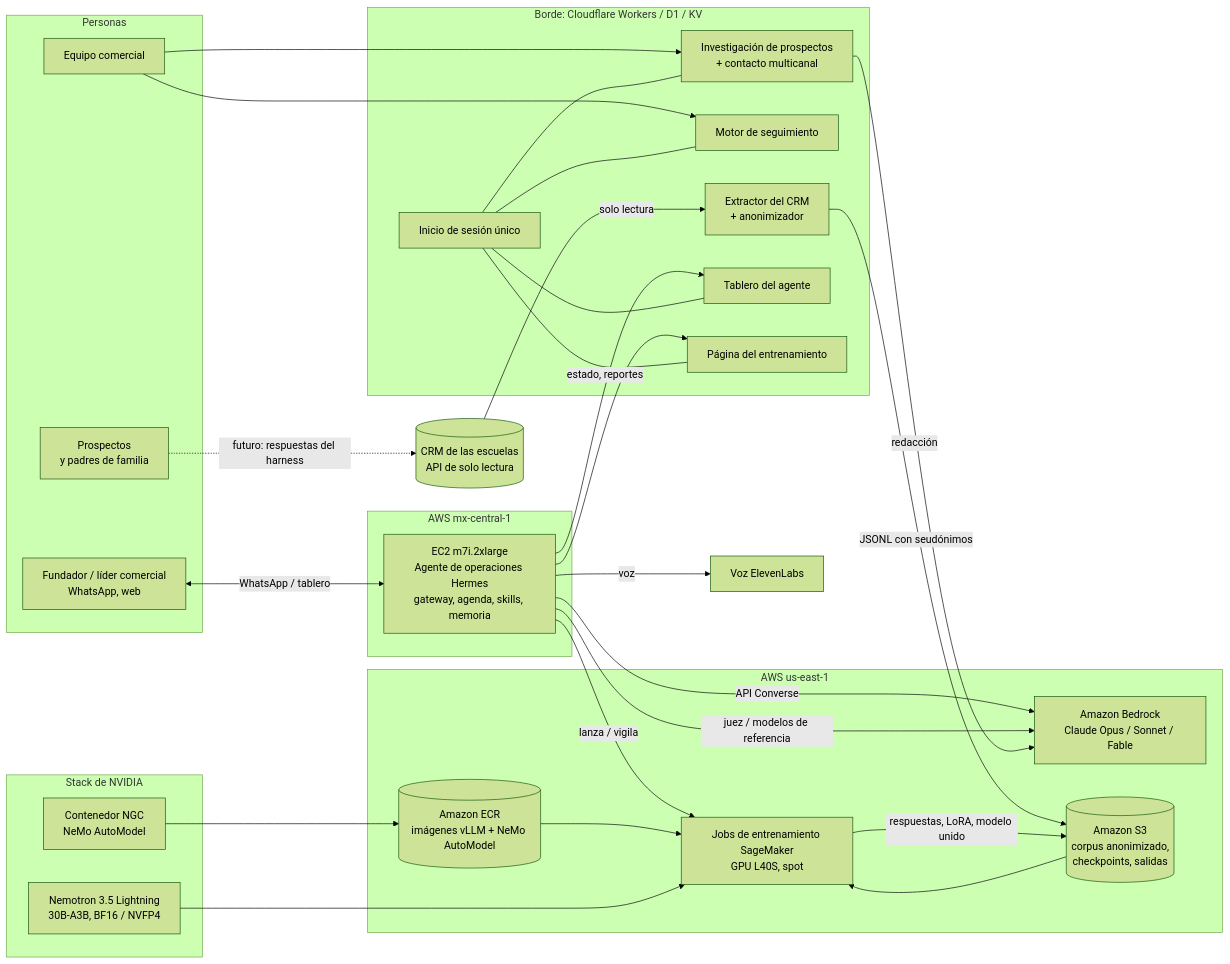
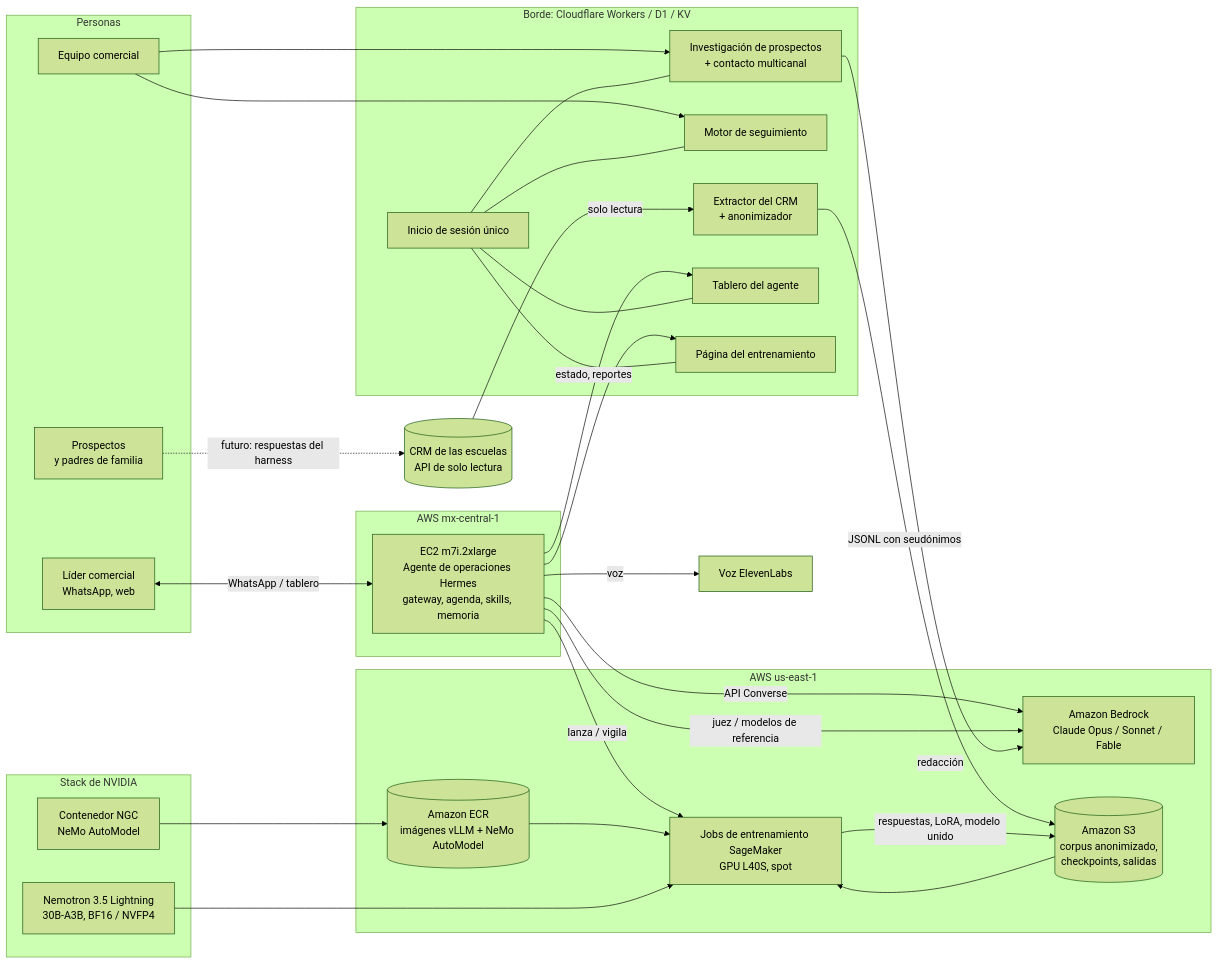
Before and after one commit to victorgalloo/superleads-ai-aws-nvidia: the first of 2 diagrams in docs/es/architecture.md, drawn with Mermaid (forest theme). The commit also changed 12 other files, not shown here.

````diff
--- a/docs/es/architecture.md
+++ b/docs/es/architecture.md
@@ -14,58 +14,58 @@
 ```mermaid
 flowchart LR
   subgraph Personas
-    V[Fundador / líder comercial<br/>WhatsApp, web]
+    V[Líder comercial<br/>WhatsApp, web]
     T[Equipo comercial]
     P[Prospectos<br/>y padres de familia]
   end
 
   subgraph AWS_MX[AWS mx-central-1]
     EC2[EC2 m7i.2xlarge<br/>Agente de operaciones Hermes<br/>gateway, agenda, skills, memoria]
   end
 
   subgraph AWS_US[AWS us-east-1]
     BR[Amazon Bedrock<br/>Claude Opus / Sonnet / Fable]
     S3[(Amazon S3<br/>corpus anonimizado,<br/>checkpoints, salidas)]
     ECR[(Amazon ECR<br/>imágenes vLLM + NeMo AutoModel)]
     SM[Jobs de entrenamiento SageMaker<br/>GPU L40S, spot]
   end
 
   subgraph NV[Stack de NVIDIA]
     NEM[Nemotron 3.5 Lightning<br/>30B-A3B, BF16 / NVFP4]
     NGC[Contenedor NGC<br/>NeMo AutoModel]
   end
 
   subgraph CF[Borde: Cloudflare Workers / D1 / KV]
     ANON[Extractor del CRM<br/>+ anonimizador]
     MC[Motor de seguimiento]
     HU[Investigación de prospectos<br/>+ contacto multicanal]
     SSO[Inicio de sesión único]
     DASH[Tablero del agente]
     TRP[Página del entrenamiento]
   end
 
   CRM[(CRM de las escuelas<br/>API de solo lectura)]
   EL[Voz ElevenLabs]
 
   V <-->|WhatsApp / tablero| EC2
   EC2 -->|API Converse| BR
   EC2 -->|voz| EL
   EC2 -->|estado, reportes| DASH
   EC2 -->|lanza / vigila| SM
   CRM -->|solo lectura| ANON -->|JSONL con seudónimos| S3
   S3 --> SM
   ECR --> SM
   NGC --> ECR
   NEM --> SM
   SM -->|respuestas, LoRA, modelo unido| S3
   EC2 -->|juez / modelos de referencia| BR
   EC2 --> TRP
   T --> MC
   T --> HU
   HU -->|redacción| BR
   SSO --- MC
   SSO --- HU
   SSO --- DASH
   SSO --- TRP
   P -.->|futuro: respuestas del harness| CRM
 ```
````
